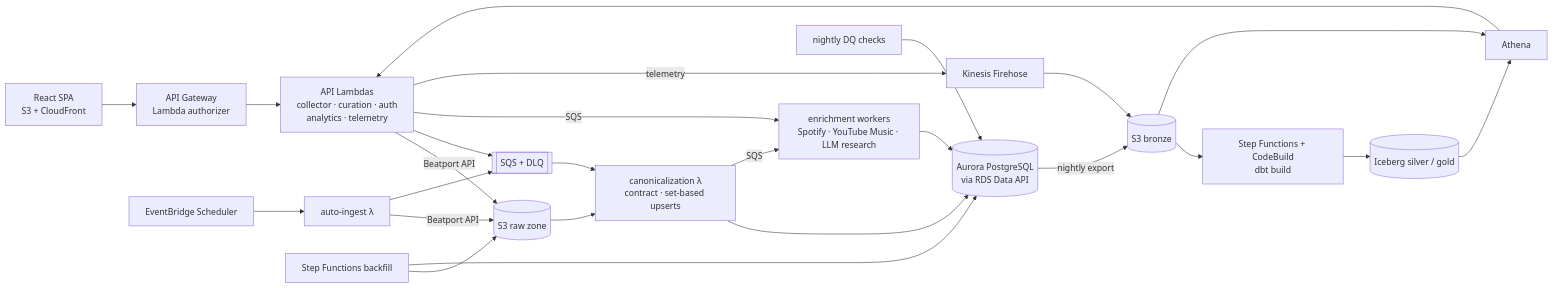
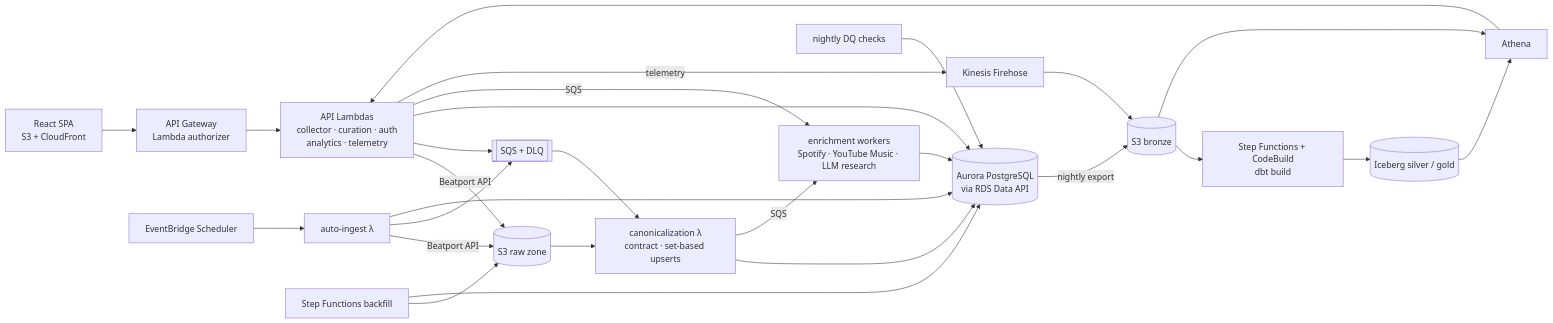
Before and after one commit to tarodo/clouder-core: the diagram in README.md, drawn with Mermaid. The commit also changed other lines of this file and 14 other files, not shown here.

````diff
--- a/README.md
+++ b/README.md
@@ -29,20 +29,21 @@
 ```mermaid
 flowchart LR
   SPA["React SPA<br/>S3 + CloudFront"] --> APIGW["API Gateway<br/>Lambda authorizer"]
   APIGW --> API["API Lambdas<br/>collector · curation · auth<br/>analytics · telemetry"]
   SCHED["EventBridge Scheduler"] --> AI["auto-ingest λ"]
   API & AI -->|"Beatport API"| RAW[("S3 raw zone")]
   API & AI --> Q[["SQS + DLQ"]]
+  API & AI --> DB
   Q --> CAN["canonicalization λ<br/>contract · set-based upserts"]
   RAW --> CAN
   CAN --> DB[("Aurora PostgreSQL<br/>via RDS Data API")]
   CAN -->|SQS| ENR["enrichment workers<br/>Spotify · YouTube Music · LLM research"]
   API -->|SQS| ENR
   ENR --> DB
   BF["Step Functions backfill"] --> RAW & DB
   DQ["nightly DQ checks"] --> DB
   API -->|telemetry| FH["Kinesis Firehose"] --> BRZ[("S3 bronze")]
   DB -->|nightly export| BRZ
   BRZ --> DBT["Step Functions + CodeBuild<br/>dbt build"] --> SIL[("Iceberg silver / gold")]
   SIL & BRZ --> ATH["Athena"] --> API
 ```
````
